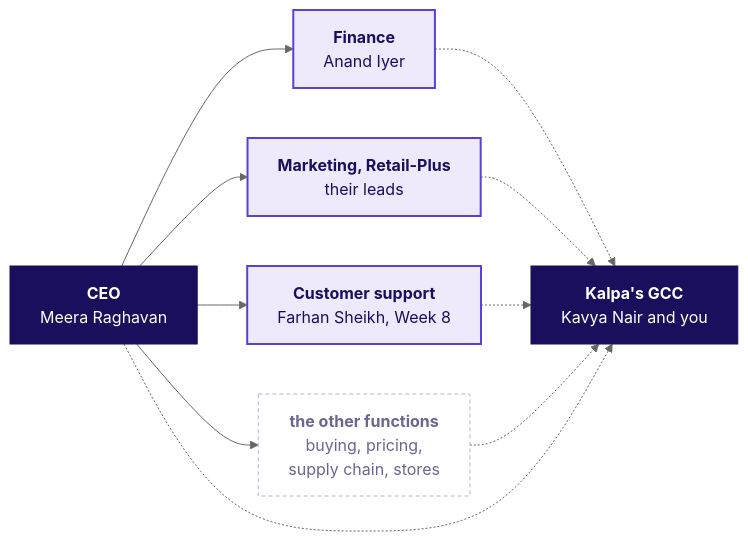
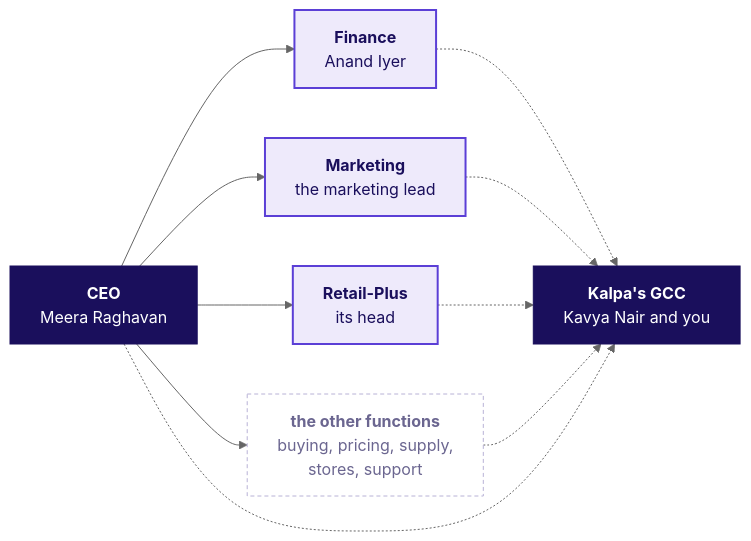
Before and after one commit to fde-academy-lab/c2-content-factory: the fifth of 7 diagrams in content/W01/D1/trainer/C2_W01_D01_domain_story_TRAINER.md, drawn with Mermaid (neutral theme). The commit also changed other lines of this file and 22 other files, not shown here.

````diff
--- a/content/W01/D1/trainer/C2_W01_D01_domain_story_TRAINER.md
+++ b/content/W01/D1/trainer/C2_W01_D01_domain_story_TRAINER.md
@@ -131,15 +161,15 @@
 ```mermaid
 flowchart LR
     CEO["<b>CEO</b><br/>Meera Raghavan"] --> FIN["<b>Finance</b><br/>Anand Iyer"]
-    CEO --> MKT["<b>Marketing, Retail-Plus</b><br/>their leads"]
-    CEO --> CS["<b>Customer support</b><br/>Farhan Sheikh, Week 8"]
-    CEO --> OTH["<b>the other functions</b><br/>buying, pricing,<br/>supply chain, stores"]
-    FIN & MKT & CS & OTH -.-> GCC["<b>Kalpa's GCC</b><br/>Kavya Nair and you"]
+    CEO --> MKT["<b>Marketing</b><br/>the marketing lead"]
+    CEO --> RP["<b>Retail-Plus</b><br/>its head"]
+    CEO --> OTH["<b>the other functions</b><br/>buying, pricing, supply,<br/>stores, support"]
+    FIN & MKT & RP & OTH -.-> GCC["<b>Kalpa's GCC</b><br/>Kavya Nair and you"]
     CEO -.-> GCC
     classDef known fill:#EEEAFB,stroke:#5B3FD6,color:#1A0F5C,stroke-width:2px
     classDef unknown fill:#FFFFFF,stroke:#B8B2D6,color:#6B6690,stroke-dasharray:4 3
     classDef dark fill:#1A0F5C,stroke:#1A0F5C,color:#FFFFFF
-    class FIN,MKT,CS known
+    class FIN,MKT,RP known
     class OTH unknown
     class CEO,GCC dark
 ```
````
